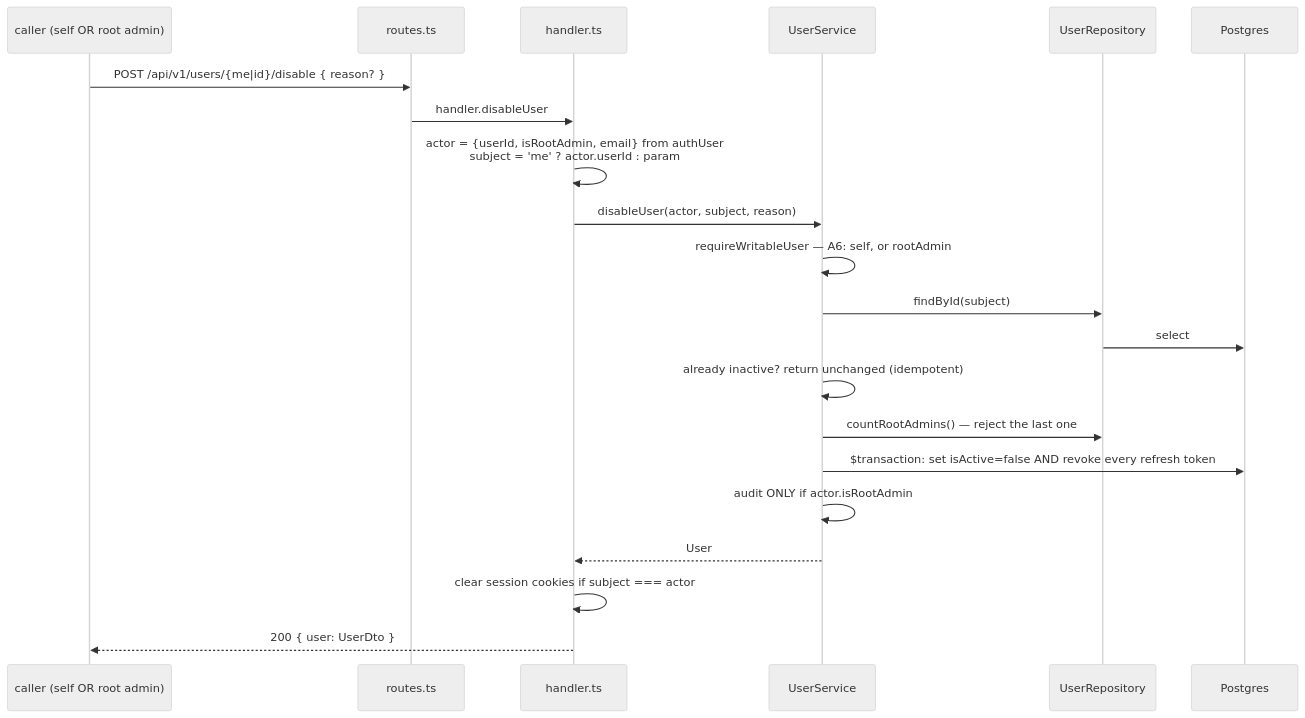
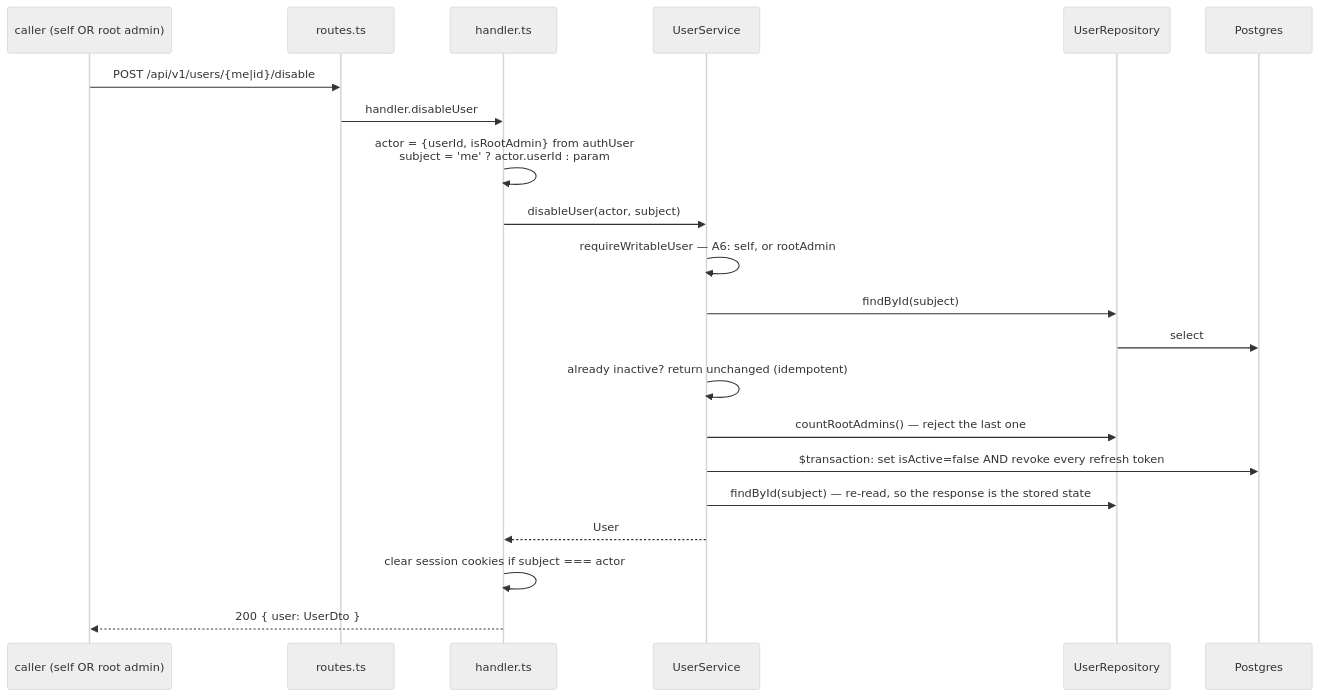
The third of 3 diagrams in docs/LAYERS.md (derek-dorazio/pool-master), drawn with Mermaid (neutral theme) before and after one commit. The commit also changed other lines of this file and 65 other files, not shown here.

````diff
--- a/docs/LAYERS.md
+++ b/docs/LAYERS.md
@@ -483,24 +484,24 @@
 ```mermaid
 sequenceDiagram
   participant C as caller (self OR root admin)
   participant R as routes.ts
   participant H as handler.ts
   participant S as UserService
   participant P as UserRepository
   participant DB as Postgres
 
-  C->>R: POST /api/v1/users/{me|id}/disable  { reason? }
+  C->>R: POST /api/v1/users/{me|id}/disable
   R->>H: handler.disableUser
-  H->>H: actor = {userId, isRootAdmin, email} from authUser<br/>subject = 'me' ? actor.userId : param
-  H->>S: disableUser(actor, subject, reason)
+  H->>H: actor = {userId, isRootAdmin} from authUser<br/>subject = 'me' ? actor.userId : param
+  H->>S: disableUser(actor, subject)
   S->>S: requireWritableUser — A6: self, or rootAdmin
   S->>P: findById(subject)
   P->>DB: select
   S->>S: already inactive? return unchanged (idempotent)
   S->>P: countRootAdmins() — reject the last one
   S->>DB: $transaction: set isActive=false AND revoke every refresh token
-  S->>S: audit ONLY if actor.isRootAdmin
+  S->>P: findById(subject) — re-read, so the response is the stored state
   S-->>H: User
   H->>H: clear session cookies if subject === actor
   H-->>C: 200 { user: UserDto }
 ```
````
